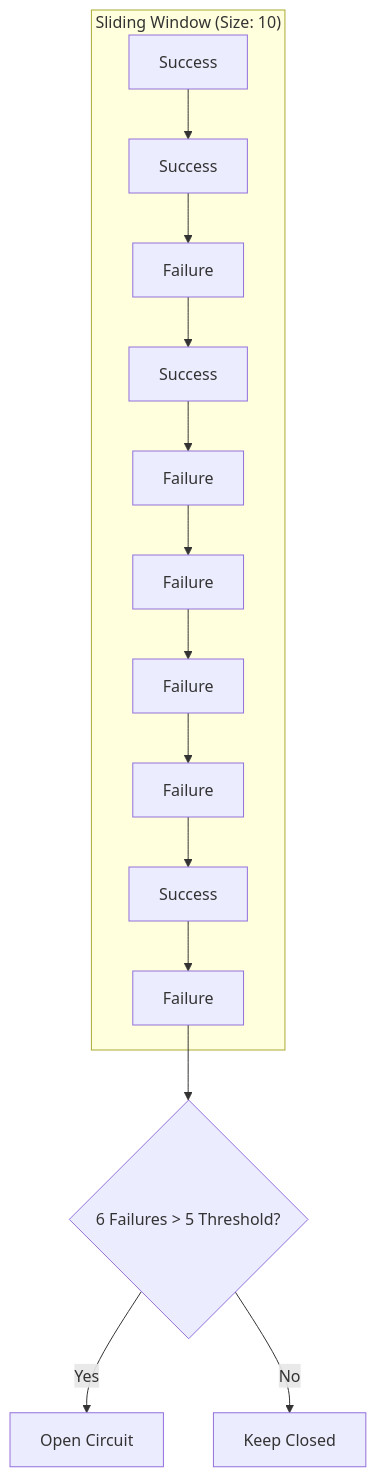
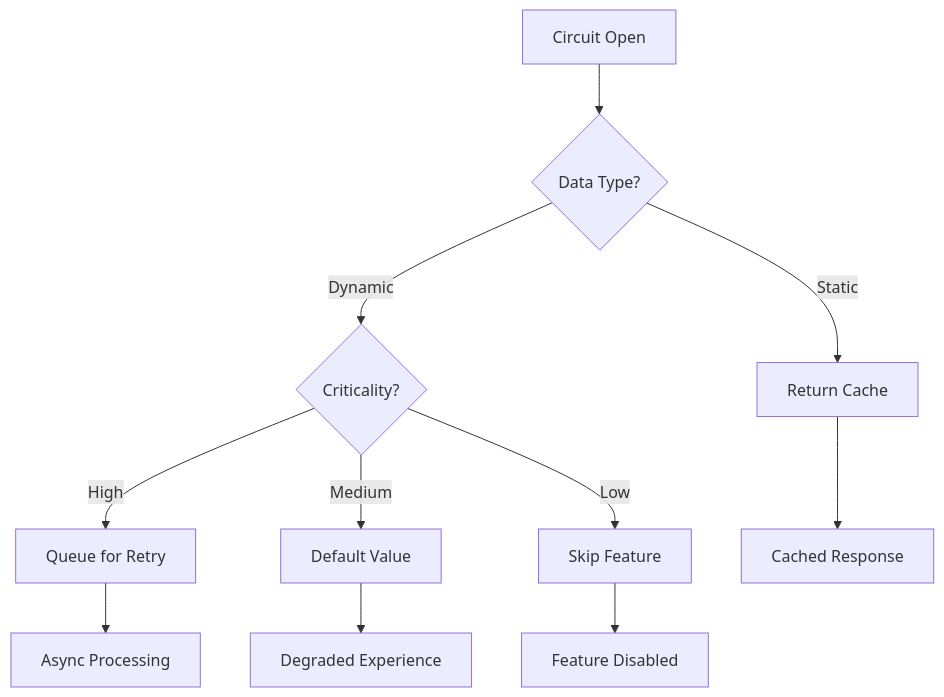
The fourth of 6 diagrams in docs/pattern-library/resilience/circuit-breaker.md (deepaucksharma/DStudio), drawn with Mermaid before and after one commit. The commit also changed other lines of this file and 64 other files, not shown here.

````diff
--- a/docs/pattern-library/resilience/circuit-breaker.md
+++ b/docs/pattern-library/resilience/circuit-breaker.md
@@ -298,18 +188,14 @@
 ```mermaid
 graph TD
-    subgraph "Sliding Window (Size: 10)"
-        A[Success] --> B[Success]
-        B --> C[Failure]
-        C --> D[Success]
-        D --> E[Failure]
-        E --> F[Failure]
-        F --> G[Failure]
-        G --> H[Failure]
-        H --> I[Success]
-        I --> J[Failure]
-    end
+    A[Circuit Open] --> B{Data Type?}
+    B -->|Static| C[Return Cache]
+    B -->|Dynamic| D{Criticality?}
+    D -->|High| E[Queue for Retry]
+    D -->|Medium| F[Default Value]
+    D -->|Low| G[Skip Feature]
     
-    J --> K{6 Failures > 5 Threshold?}
-    K -->|Yes| L[Open Circuit]
-    K -->|No| M[Keep Closed]
+    C --> H[Cached Response]
+    E --> I[Async Processing]
+    F --> J[Degraded Experience]
+    G --> K[Feature Disabled]
 ```
````
